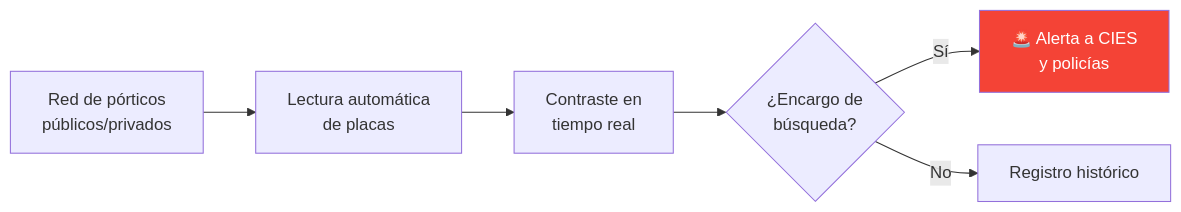
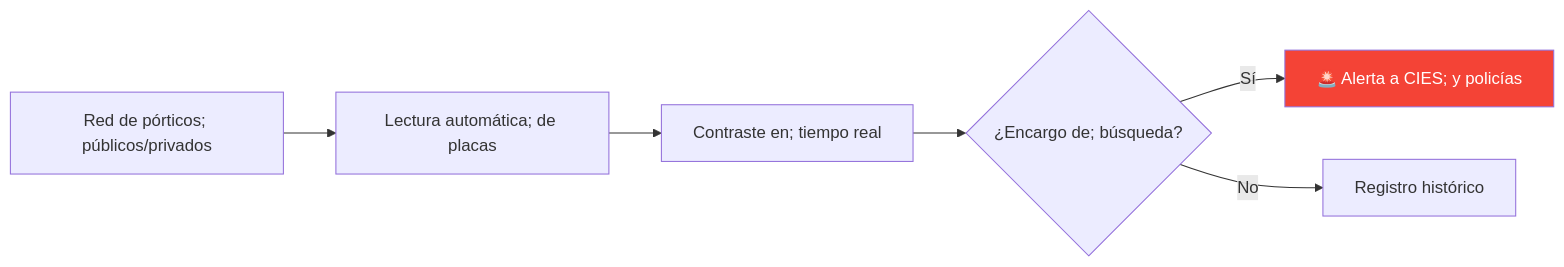
One commit to felix-antonio-sl/kora changed the fifth of 8 diagrams in drafts/gn/bpmn/bpmn-d09-cies-sitia.md. Above: the diagram before and after it, drawn with Mermaid. The commit also changed other lines of this file and 265 other files, not shown here.

````diff
--- a/drafts/gn/bpmn/bpmn-d09-cies-sitia.md
+++ b/drafts/gn/bpmn/bpmn-d09-cies-sitia.md
@@ -207,9 +241,10 @@
 ```mermaid
 flowchart LR
-    A["Red de pórticos<br/>públicos/privados"] --> B["Lectura automática<br/>de placas"]
-    B --> C["Contraste en<br/>tiempo real"]
-    C --> D{"¿Encargo de<br/>búsqueda?"}
-    D -->|"Sí"| E["🚨 Alerta a CIES<br/>y policías"]
-    D -->|"No"| F["Registro histórico"]
-    style E fill:#f44336,color:#fff
+ A["Red de pórticos; públicos/privados"] --> B["Lectura automática; de placas"]
+ B --> C["Contraste en; tiempo real"]
+ C --> D{"¿Encargo de; búsqueda?"}
+ D -->|"Sí"| E["🚨 Alerta a CIES; y policías"]
+ D -->|"No"| F["Registro histórico"]
+
+ style E fill:#f44336,color:#fff
 ```
````
